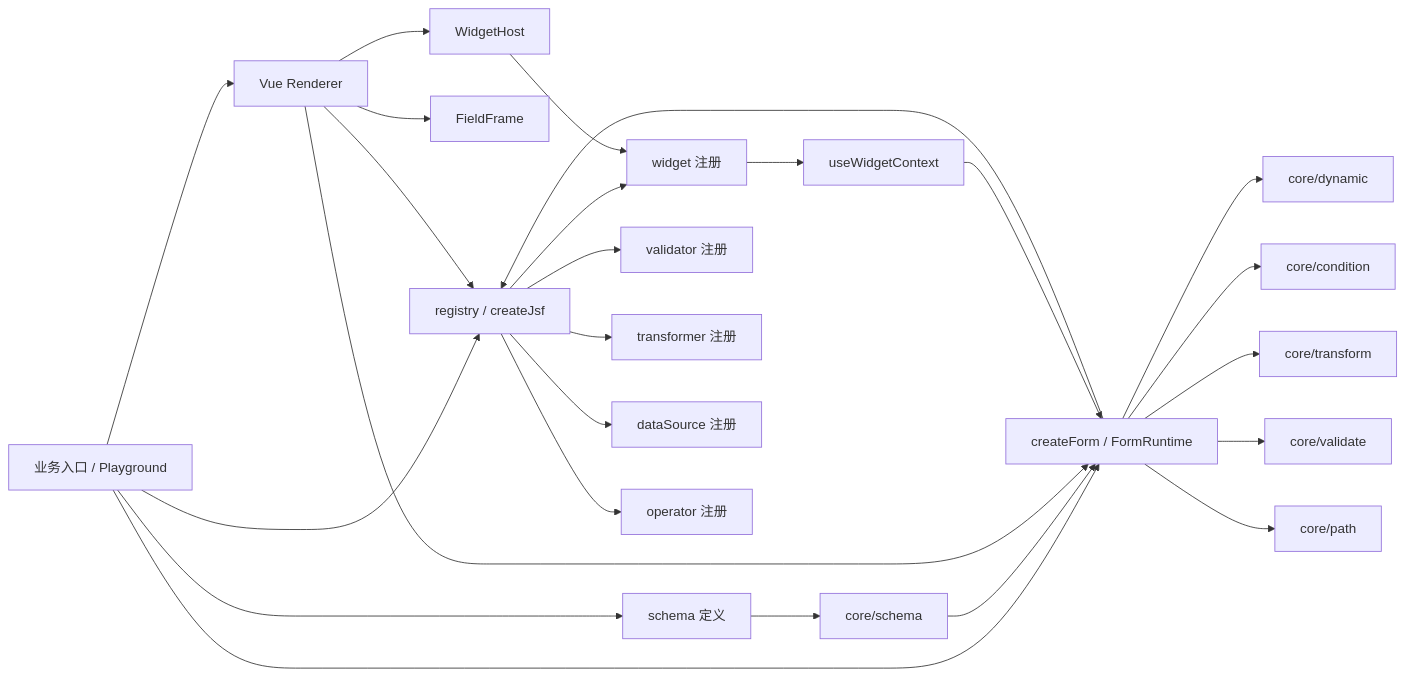
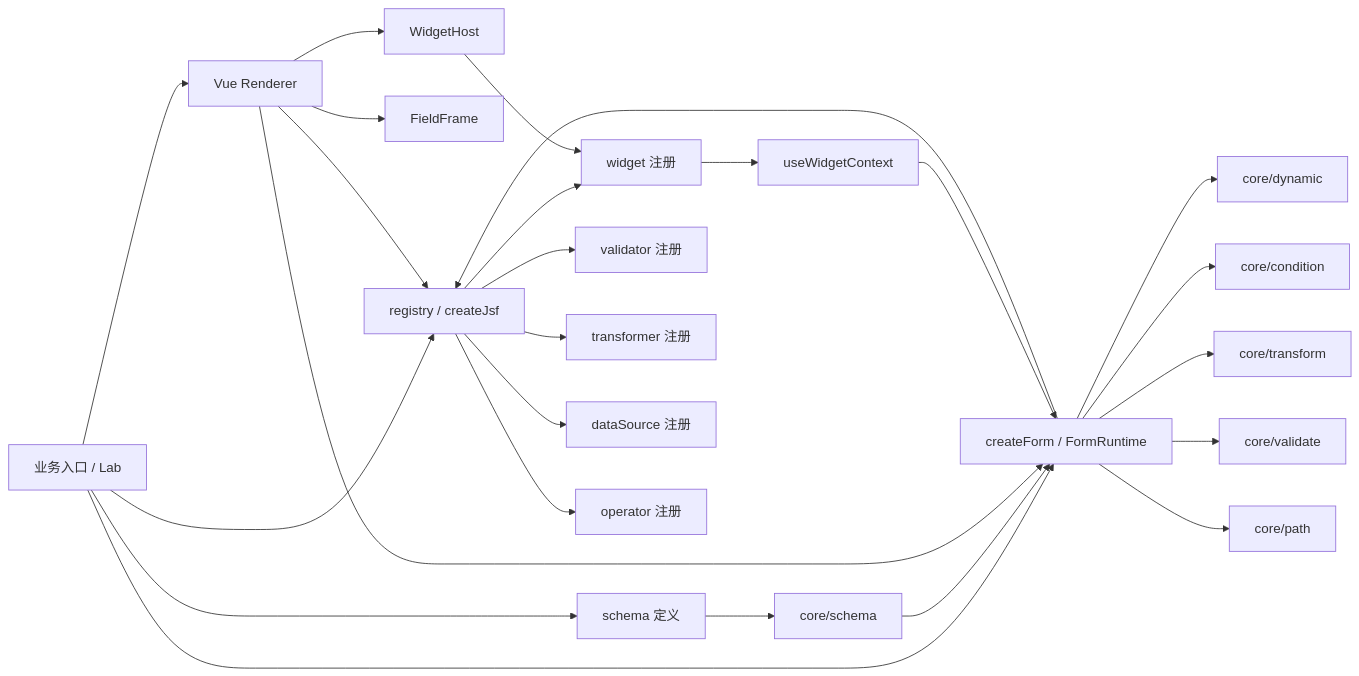
The first of 3 diagrams in docs/jsf/architecture.md (nelk98/lego), drawn with Mermaid before and after one commit. The commit also changed other lines of this file and 92 other files, not shown here.

First line of the commit message:
refactor: 将 playground 迁至 lab 并按平台拆分 Icon 实现

````diff
--- a/docs/jsf/architecture.md
+++ b/docs/jsf/architecture.md
@@ -7,32 +7,32 @@
 ```mermaid
 flowchart LR
-  App["业务入口 / Playground"] --> Registry["registry / createJsf"]
+  App["业务入口 / Lab"] --> Registry["registry / createJsf"]
   App --> Schema["schema 定义"]
   App --> Form["createForm / FormRuntime"]
   App --> Renderer["Vue Renderer"]
 
   Registry --> Widgets["widget 注册"]
   Registry --> Validators["validator 注册"]
   Registry --> Transformers["transformer 注册"]
   Registry --> DataSources["dataSource 注册"]
   Registry --> Operators["operator 注册"]
 
   Schema --> SchemaCore["core/schema"]
   SchemaCore --> Form
 
   Form --> Dynamic["core/dynamic"]
   Form --> Condition["core/condition"]
   Form --> Transform["core/transform"]
   Form --> Validate["core/validate"]
   Form --> Path["core/path"]
   Form --> Registry
 
   Renderer --> Form
   Renderer --> Registry
   Renderer --> FieldFrame["FieldFrame"]
   Renderer --> WidgetHost["WidgetHost"]
   WidgetHost --> Widgets
 
   Widgets --> WidgetContext["useWidgetContext"]
   WidgetContext --> Form
 ```
````
